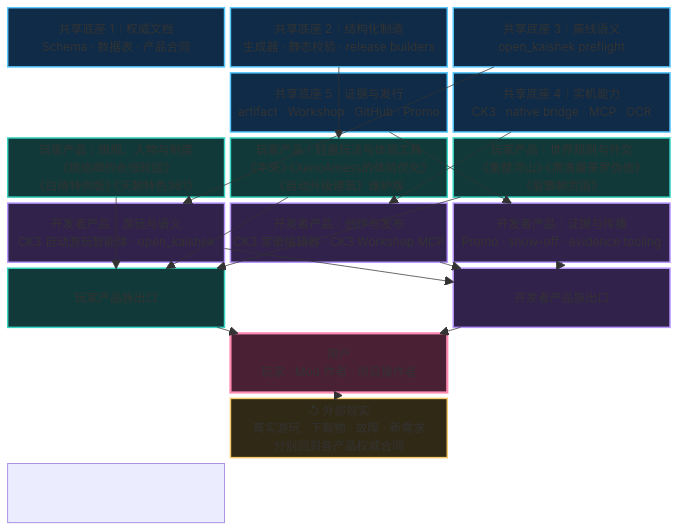
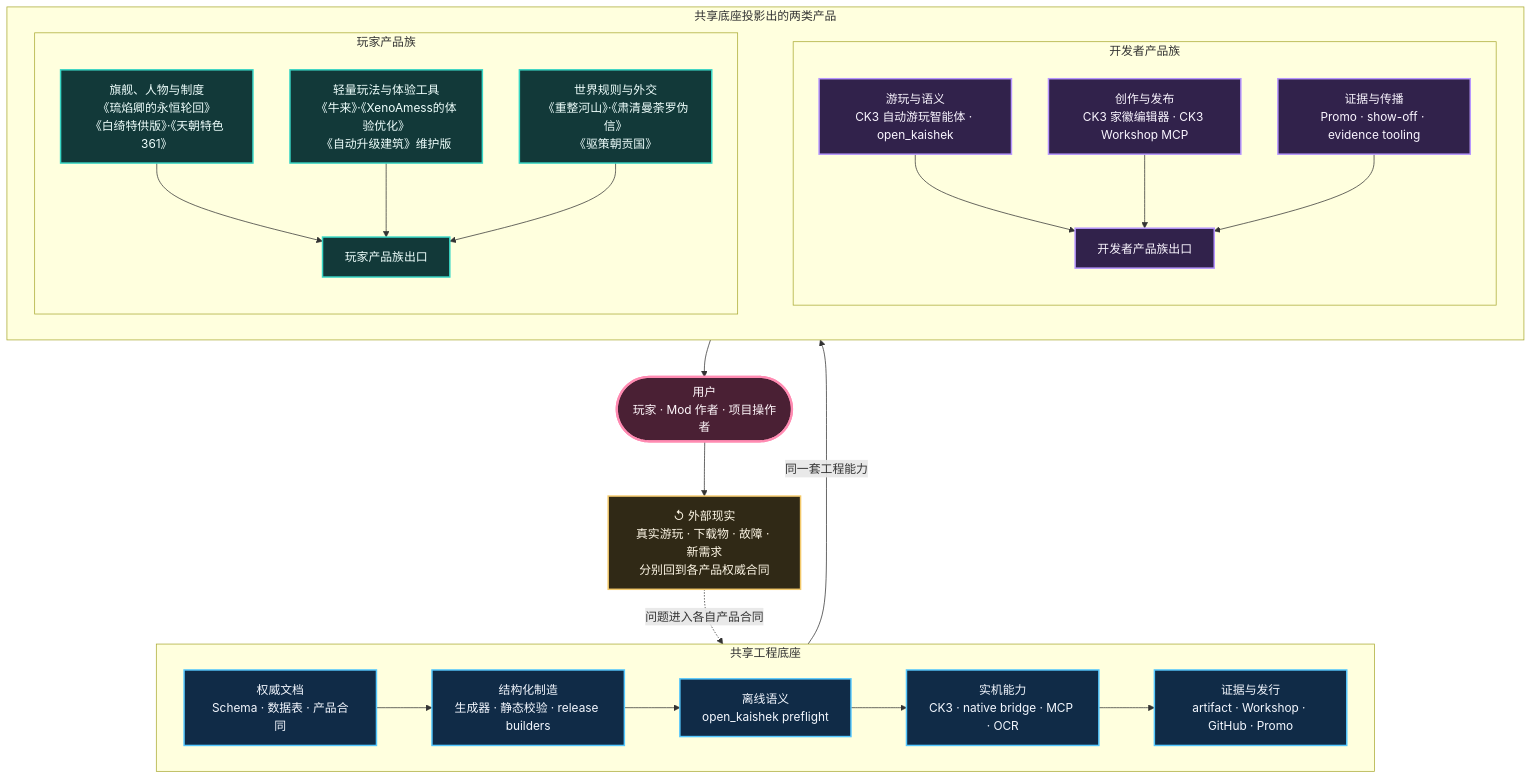
Before and after one commit to XenoAmess/ck3_eternal_recurrence: the diagram in docs/project-causality-architecture/src/09-product-family.mmd, drawn with Mermaid. The commit also changed 51 other files, not shown here.

```diff
--- a/docs/project-causality-architecture/src/09-product-family.mmd
+++ b/docs/project-causality-architecture/src/09-product-family.mmd
@@ -1,40 +1,60 @@
-block-beta
-    columns 3
-    F1["共享底座 1｜权威文档<br/>Schema · 数据表 · 产品合同"] F2["共享底座 2｜结构化制造<br/>生成器 · 静态校验 · release builders"] F3["共享底座 3｜离线语义<br/>open_kaishek preflight"]
-    space F5["共享底座 5｜证据与发行<br/>artifact · Workshop · GitHub · Promo"] F4["共享底座 4｜实机能力<br/>CK3 · native bridge · MCP · OCR"]
-    M1["玩家产品｜旗舰、人物与制度<br/>《琉焰卿的永恒轮回》<br/>《白绮特供版》·《天朝特色361》"] M2["玩家产品｜轻量玩法与体验工具<br/>《牛来》·《XenoAmess的体验优化》<br/>《自动升级建筑》维护版"] M3["玩家产品｜世界规则与外交<br/>《重整河山》·《肃清曼荼罗伪信》<br/>《驱策朝贡国》"]
-    T1["开发者产品｜游玩与语义<br/>CK3 自动游玩智能体 · open_kaishek"] T2["开发者产品｜创作与发布<br/>CK3 家徽编辑器 · CK3 Workshop MCP"] T3["开发者产品｜证据与传播<br/>Promo · show-off · evidence tooling"]
-    PA["玩家产品族出口"] space DA["开发者产品族出口"]
-    space USERS["用户<br/>玩家 · Mod 作者 · 项目操作者"] space
-    space FEEDBACK["↺ 外部现实<br/>真实游玩 · 下载物 · 故障 · 新需求<br/>分别回到各产品权威合同"] space
+flowchart TB
+    subgraph FOUNDATION["共享工程底座"]
+        direction LR
+        F1["权威文档<br/>Schema · 数据表 · 产品合同"]
+        F2["结构化制造<br/>生成器 · 静态校验 · release builders"]
+        F3["离线语义<br/>open_kaishek preflight"]
+        F4["实机能力<br/>CK3 · native bridge · MCP · OCR"]
+        F5["证据与发行<br/>artifact · Workshop · GitHub · Promo"]
+        F1 --> F2 --> F3 --> F4 --> F5
+    end
 
-    F1 --> F2 --> F3 --> F4 --> F5
-    F2 --> M2
-    F3 --> T1
-    F4 --> T2
-    F5 --> T3
-    M1 --> PA
-    M2 --> PA
-    M3 --> PA
-    T1 --> DA
-    T2 --> DA
-    T3 --> DA
-    PA --> USERS
-    DA --> USERS
+    subgraph PRODUCTS["共享底座投影出的两类产品"]
+        direction LR
+    subgraph PLAYER["玩家产品族"]
+        direction TB
+        M1["旗舰、人物与制度<br/>《琉焰卿的永恒轮回》<br/>《白绮特供版》·《天朝特色361》"]
+        M2["轻量玩法与体验工具<br/>《牛来》·《XenoAmess的体验优化》<br/>《自动升级建筑》维护版"]
+        M3["世界规则与外交<br/>《重整河山》·《肃清曼荼罗伪信》<br/>《驱策朝贡国》"]
+        PA["玩家产品族出口"]
+        M1 --> PA
+        M2 --> PA
+        M3 --> PA
+    end
+
+    subgraph DEVELOPER["开发者产品族"]
+        direction TB
+        T1["游玩与语义<br/>CK3 自动游玩智能体 · open_kaishek"]
+        T2["创作与发布<br/>CK3 家徽编辑器 · CK3 Workshop MCP"]
+        T3["证据与传播<br/>Promo · show-off · evidence tooling"]
+        DA["开发者产品族出口"]
+        T1 --> DA
+        T2 --> DA
+        T3 --> DA
+    end
+    PLAYER ~~~ DEVELOPER
+    end
+
+    USERS(["用户<br/>玩家 · Mod 作者 · 项目操作者"])
+    FEEDBACK["↺ 外部现实<br/>真实游玩 · 下载物 · 故障 · 新需求<br/>分别回到各产品权威合同"]
+
+    FOUNDATION -->|"同一套工程能力"| PRODUCTS
+    PRODUCTS --> USERS
     USERS --> FEEDBACK
+    FEEDBACK -. "问题进入各自产品合同" .-> FOUNDATION
 
     style F1 fill:#102b47,stroke:#55c8ff,color:#f4f8ff,stroke-width:2px
     style F2 fill:#102b47,stroke:#55c8ff,color:#f4f8ff,stroke-width:2px
     style F3 fill:#102b47,stroke:#55c8ff,color:#f4f8ff,stroke-width:2px
     style F4 fill:#102b47,stroke:#55c8ff,color:#f4f8ff,stroke-width:2px
     style F5 fill:#102b47,stroke:#55c8ff,color:#f4f8ff,stroke-width:2px
     style M1 fill:#123939,stroke:#38d6c5,color:#effffd,stroke-width:2px
     style M2 fill:#123939,stroke:#38d6c5,color:#effffd,stroke-width:2px
     style M3 fill:#123939,stroke:#38d6c5,color:#effffd,stroke-width:2px
     style T1 fill:#31224b,stroke:#b796ff,color:#faf6ff,stroke-width:2px
     style T2 fill:#31224b,stroke:#b796ff,color:#faf6ff,stroke-width:2px
     style T3 fill:#31224b,stroke:#b796ff,color:#faf6ff,stroke-width:2px
     style PA fill:#123939,stroke:#38d6c5,color:#effffd,stroke-width:2px
     style DA fill:#31224b,stroke:#b796ff,color:#faf6ff,stroke-width:2px
     style USERS fill:#4a2034,stroke:#ff8bb2,color:#fff7fb,stroke-width:3px
     style FEEDBACK fill:#302916,stroke:#f3c96b,color:#fff8e7,stroke-width:2px
```
